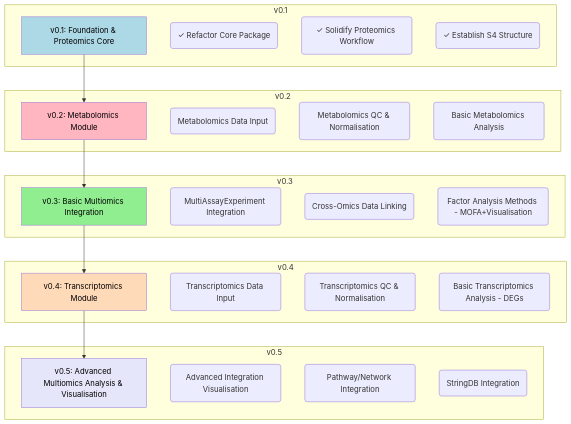
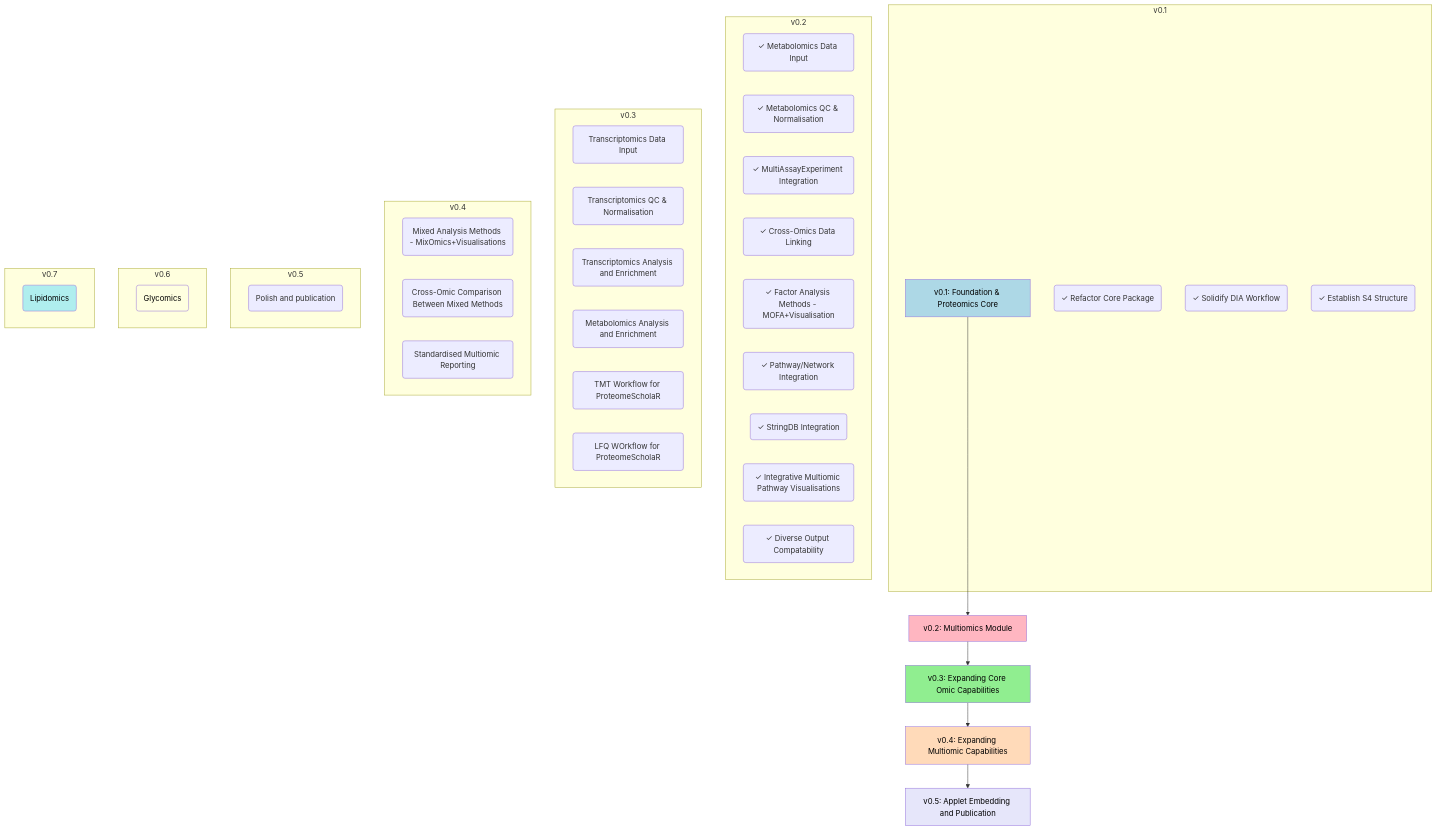
The diagram in README.md (APAF-bioinformatics/MultiScholaR), drawn with Mermaid before and after one commit. The commit also changed other lines of this file, not shown here.

````diff
--- a/README.md
+++ b/README.md
@@ -99,44 +100,55 @@
 ```mermaid
 graph TD
-    A[v0.1: Foundation & Proteomics Core] --> B[v0.2: Metabolomics Module];
-    B --> C[v0.3: Basic Multiomics Integration];
-    C --> D[v0.4: Transcriptomics Module];
-    D --> E[v0.5: Advanced Multiomics Analysis & Visualisation];
+    A[v0.1: Foundation & Proteomics Core] --> B[v0.2: Multiomics Module];
+    B --> C[v0.3: Expanding Core Omic Capabilities];
+    C --> D[v0.4: Expanding Multiomic Capabilities];
+    D --> E[v0.5: Applet Embedding and Publication];
 
     subgraph "v0.1"
         A
         A1(✓ Refactor Core Package)
-        A2(✓ Solidify Proteomics Workflow)
+        A2(✓ Solidify DIA Workflow)
         A3(✓ Establish S4 Structure)
     end
     subgraph "v0.2"
-        B
-        B1(Metabolomics Data Input)
-        B2(Metabolomics QC & Normalisation)
-        B3(Basic Metabolomics Analysis)
+        B1(✓ Metabolomics Data Input)
+        B2(✓ Metabolomics QC & Normalisation)
+        B3(✓ MultiAssayExperiment Integration)
+        B4(✓ Cross-Omics Data Linking)
+        B5(✓ Factor Analysis Methods - MOFA+Visualisation)
+        B6(✓ Pathway/Network Integration)
+        B7(✓ StringDB Integration)
+        B8(✓ Integrative Multiomic Pathway Visualisations)
+        B9(✓ Diverse Output Compatability)
     end
     subgraph "v0.3"
-        C
-        C1(MultiAssayExperiment Integration)
-        C2(Cross-Omics Data Linking)
-        C3(Factor Analysis Methods - MOFA+Visualisation)
+        C1(Transcriptomics Data Input)
+        C2(Transcriptomics QC & Normalisation)
+        C3(Transcriptomics Analysis and Enrichment)
+        C4(Metabolomics Analysis and Enrichment)
+        C5(TMT Workflow for ProteomeScholaR)
+        C6(LFQ WOrkflow for ProteomeScholaR)
     end
      subgraph "v0.4"
-        D
-        D1(Transcriptomics Data Input)
-        D2(Transcriptomics QC & Normalisation)
-        D3(Basic Transcriptomics Analysis - DEGs)
+        D1(Mixed Analysis Methods - MixOmics+Visualisations)
+        D2(Cross-Omic Comparison Between Mixed Methods)
+        D3(Standardised Multiomic Reporting)
     end
      subgraph "v0.5"
-        E
-        E1(Advanced Integration Visualisation)
-        E2(Pathway/Network Integration)
-        E3(StringDB Integration)
+        E1(Polish and publication)
+    end
+    subgraph "v0.6"
+        F1(Glycomics)
+    end
+    subgraph "v0.7"
+        G1(Lipidomics)
     end
 
     style A fill:#ADD8E6,color:#000000
     style B fill:#FFB6C1,color:#000000
     style C fill:#90EE90,color:#000000
     style D fill:#FFDAB9,color:#000000
     style E fill:#E6E6FA,color:#000000
+    style F1 fill:#FFFFE0,color:#000000
+    style G1 fill:#AFEEEE,color:#000000
 ```
````
